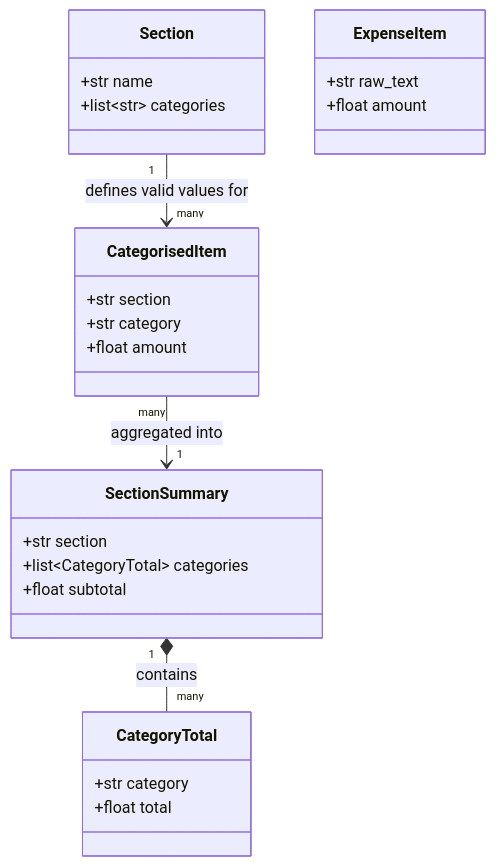
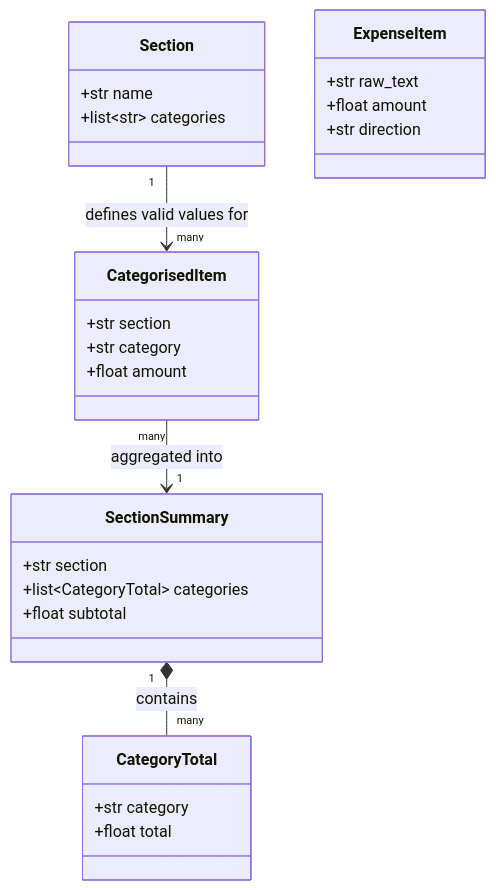
The third of 7 diagrams in .claude/specs/expense-summary-cli/design.md (williamobiana/domain-specific-agents), drawn with Mermaid before and after one commit. The commit also changed other lines of this file and 14 other files, not shown here.

````diff
--- a/.claude/specs/expense-summary-cli/design.md
+++ b/.claude/specs/expense-summary-cli/design.md
@@ -401,33 +407,34 @@
 ```mermaid
 classDiagram
     class Section {
         +str name
         +list~str~ categories
     }
 
     class ExpenseItem {
         +str raw_text
         +float amount
+        +str direction
     }
 
     class CategorisedItem {
         +str section
         +str category
         +float amount
     }
 
     class CategoryTotal {
         +str category
         +float total
     }
 
     class SectionSummary {
         +str section
         +list~CategoryTotal~ categories
         +float subtotal
     }
 
     Section "1" --> "many" CategorisedItem : defines valid values for
     CategorisedItem "many" --> "1" SectionSummary : aggregated into
     SectionSummary "1" *-- "many" CategoryTotal : contains
 ```
````
